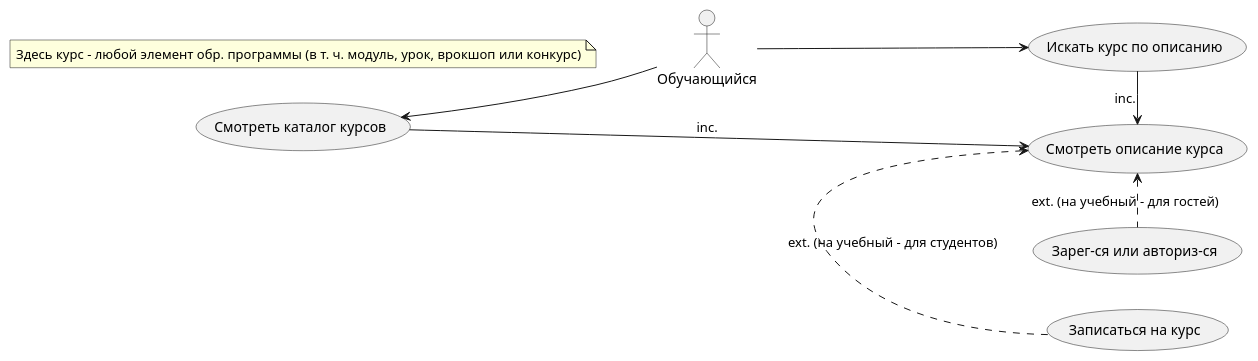
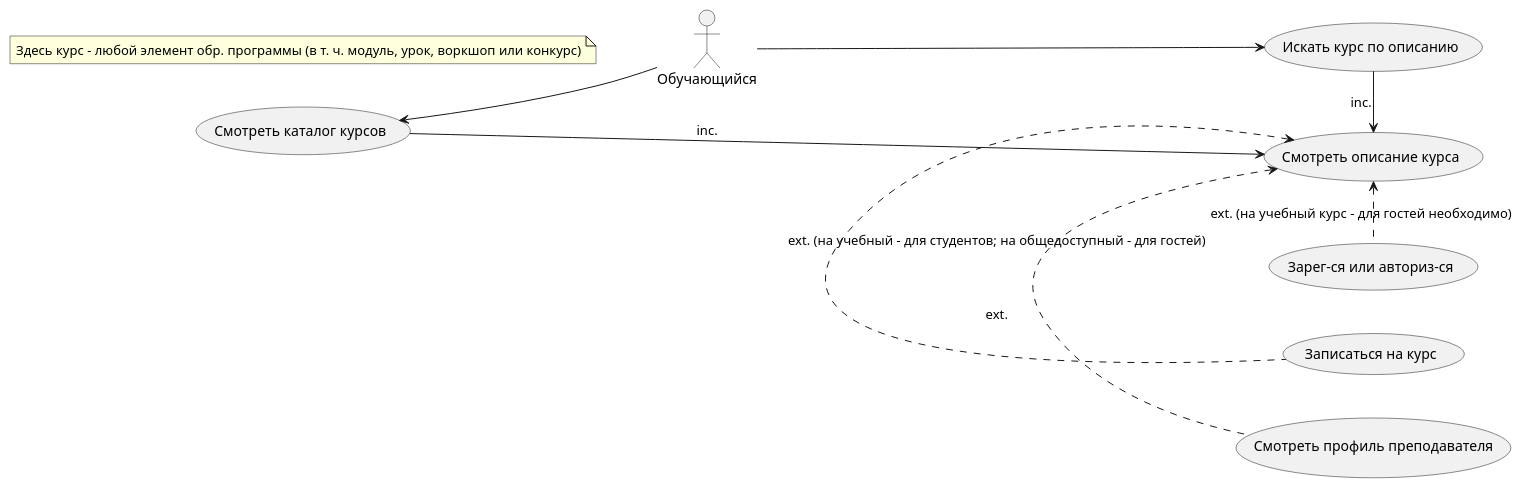
One commit to karpoftea/mts-kata-2023 changed the second of 4 diagrams in docs/requirements/requirements.md. Above: the diagram before and after it, drawn with PlantUML. The commit also changed other lines of this file, not shown here.

````diff
--- a/docs/requirements/requirements.md
+++ b/docs/requirements/requirements.md
@@ -104,23 +105,25 @@
 ```plantuml
 @startuml
 
 left to right direction
 
 actor "Обучающийся" as guest
 
 usecase "Смотреть каталог курсов" as UC21
 usecase "Искать курс по описанию" as UC22
 usecase "Смотреть описание курса" as UC24
-note "Здесь курс - любой элемент обр. программы (в т. ч. модуль, урок, врокшоп или конкурс)" as N21
+note "Здесь курс - любой элемент обр. программы (в т. ч. модуль, урок, воркшоп или конкурс)" as N21
 usecase "Записаться на курс" as UC25
 usecase "Зарег-ся или авториз-ся" as UC23
+usecase "Смотреть профиль преподавателя" as UC26
 
 guest -up-> UC21
 guest --> UC22
 UC21 -> UC24 : inc.
 UC22 -> UC24 : inc.
-UC24 <. UC25 : ext. (на учебный - для студентов)
-UC24 <. UC23 : ext. (на учебный - для гостей)
+UC24 <. UC25 : ext. (на учебный - для студентов; на общедоступный - для гостей)
+UC24 <. UC23 : ext. (на учебный курс - для гостей необходимо)
+UC24 <. UC26 : ext.
 
 @enduml
 ```
````
